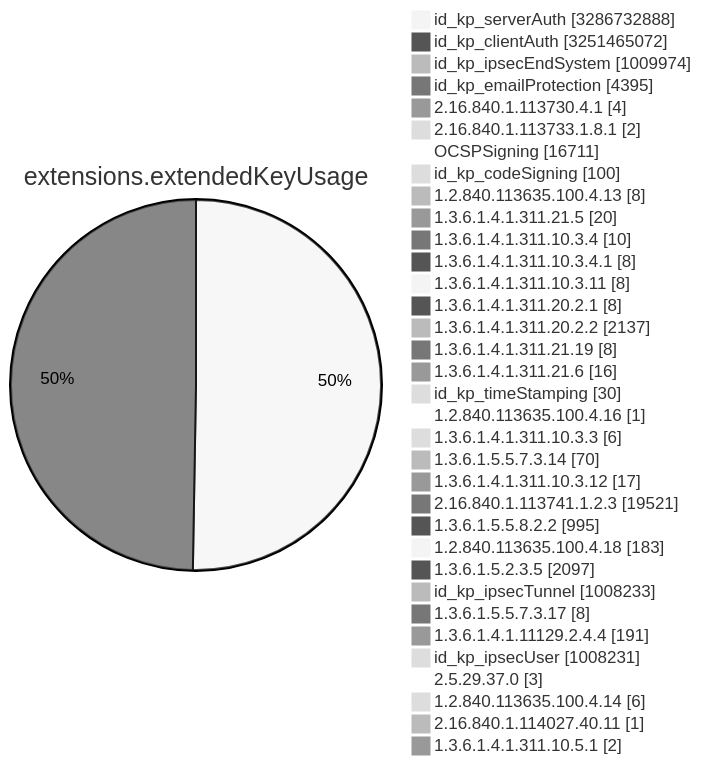
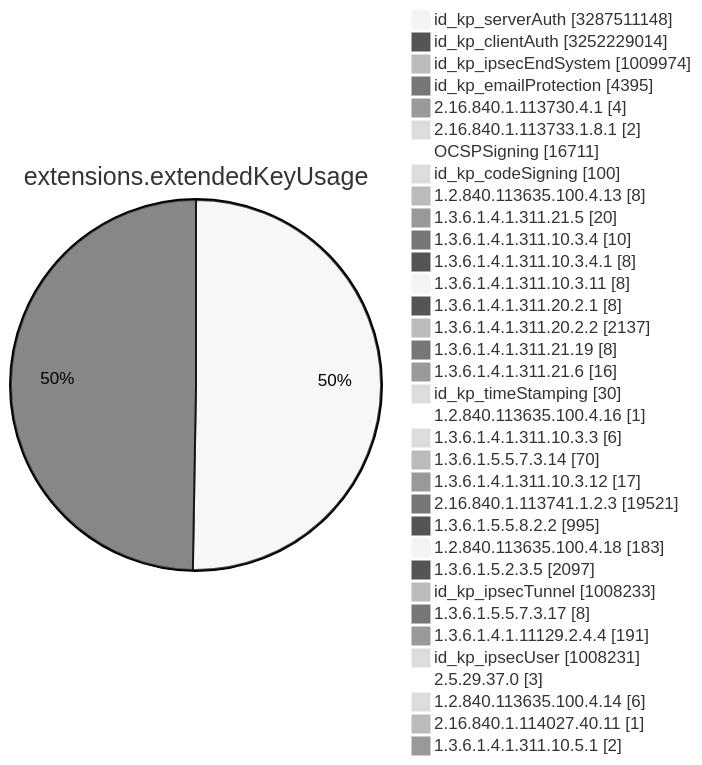
Before and after one commit to christiankrug/ctmonitor_visualization: diagram 11 of 15 in TOTAL/README.md, drawn with Mermaid (neutral theme). The commit also changed other lines of this file, not shown here.

````diff
--- a/TOTAL/README.md
+++ b/TOTAL/README.md
@@ -4119,38 +4119,38 @@
 ```mermaid
 pie showData
 title extensions.extendedKeyUsage
-"id_kp_serverAuth" :3286732888
-"id_kp_clientAuth" :3251465072
+"id_kp_serverAuth" :3287511148
+"id_kp_clientAuth" :3252229014
 "id_kp_ipsecEndSystem" :1009974
 "id_kp_emailProtection" :4395
 "2.16.840.1.113730.4.1" :4
 "2.16.840.1.113733.1.8.1" :2
 "OCSPSigning" :16711
 "id_kp_codeSigning" :100
 "1.2.840.113635.100.4.13" :8
 "1.3.6.1.4.1.311.21.5" :20
 "1.3.6.1.4.1.311.10.3.4" :10
 "1.3.6.1.4.1.311.10.3.4.1" :8
 "1.3.6.1.4.1.311.10.3.11" :8
 "1.3.6.1.4.1.311.20.2.1" :8
 "1.3.6.1.4.1.311.20.2.2" :2137
 "1.3.6.1.4.1.311.21.19" :8
 "1.3.6.1.4.1.311.21.6" :16
 "id_kp_timeStamping" :30
 "1.2.840.113635.100.4.16" :1
 "1.3.6.1.4.1.311.10.3.3" :6
 "1.3.6.1.5.5.7.3.14" :70
 "1.3.6.1.4.1.311.10.3.12" :17
 "2.16.840.1.113741.1.2.3" :19521
 "1.3.6.1.5.5.8.2.2" :995
 "1.2.840.113635.100.4.18" :183
 "1.3.6.1.5.2.3.5" :2097
 "id_kp_ipsecTunnel" :1008233
 "1.3.6.1.5.5.7.3.17" :8
 "1.3.6.1.4.1.11129.2.4.4" :191
 "id_kp_ipsecUser" :1008231
 "2.5.29.37.0" :3
 "1.2.840.113635.100.4.14" :6
 "2.16.840.1.114027.40.11" :1
 "1.3.6.1.4.1.311.10.5.1" :2
 ```
````
